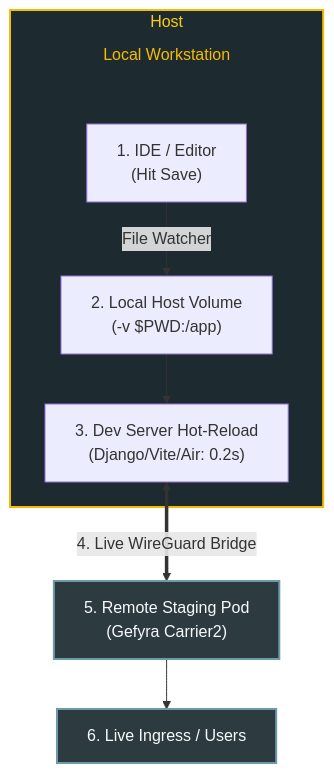
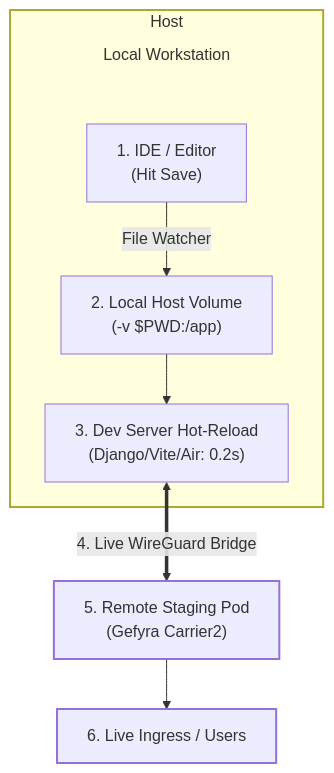
Before and after one commit to gefyrahq/gefyra: the diagram in gefyra-docs/content/en/3.developer-workflows/1.hot-reloading.md, drawn with Mermaid. The commit also changed 12 other files, not shown here.

Commit message:
feat(#MARKETING-1226): update theme and styling for Mermaid diagrams across documentation

````diff
--- a/gefyra-docs/content/en/3.developer-workflows/1.hot-reloading.md
+++ b/gefyra-docs/content/en/3.developer-workflows/1.hot-reloading.md
@@ -19,18 +19,18 @@
 ```mermaid
 flowchart TD
     subgraph Host
         HostTitle[["Local Workstation"]] ~~~ Editor["1. IDE / Editor<br/>(Hit Save)"]
         Editor -->|File Watcher| Volume["2. Local Host Volume<br/>(-v $PWD:/app)"]
         Volume --> Engine["3. Dev Server Hot-Reload<br/>(Django/Vite/Air: 0.2s)"]
     end
 
     Engine <==>|"4. Live WireGuard Bridge"| Pod["5. Remote Staging Pod<br/>(Gefyra Carrier2)"]
     Pod --> Ingress["6. Live Ingress / Users"]
 
-    classDef groupTitle fill:transparent,stroke:none,color:#f6bc00;
-    classDef gefyra fill:#1d2a2f,stroke:#f6bc00,stroke-width:2px,color:#facc15;
-    classDef remote fill:#2d3b41,stroke:#6b9ba5,stroke-width:2px,color:#f8fafc;
+    classDef groupTitle fill:transparent,stroke:none;
+    classDef gefyra stroke-width:2px;
+    classDef remote stroke-width:2px;
     class HostTitle groupTitle;
     class Host gefyra;
     class Pod,Ingress remote;
 ```
````
